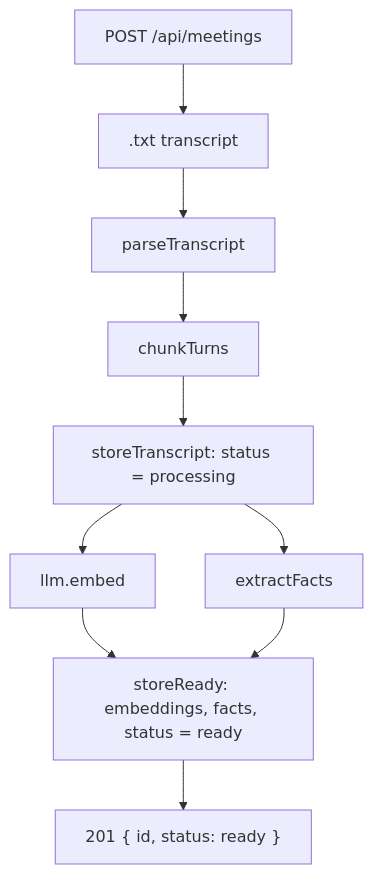
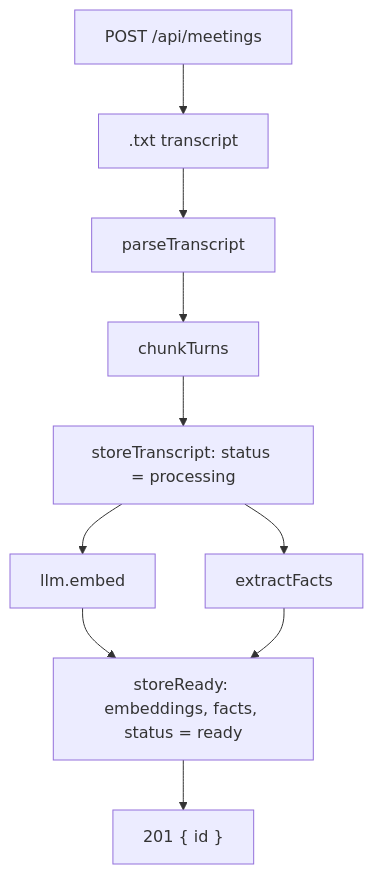
One commit to adamrefaey/meeting-intelligence changed the first of 6 diagrams in docs/flows/ingestion.md. Above: the diagram before and after it, drawn with Mermaid. The commit also changed other lines of this file and 15 other files, not shown here.

First line of the commit message:
refactor: simplify meeting schema and ingestion logic

````diff
--- a/docs/flows/ingestion.md
+++ b/docs/flows/ingestion.md
@@ -9,19 +9,19 @@
 ```mermaid
 flowchart TD
   post["POST /api/meetings"]
   upload[".txt transcript"]
   parse["parseTranscript"]
   chunk["chunkTurns"]
   storeTx["storeTranscript: status = processing"]
   embed["llm.embed"]
   extract["extractFacts"]
   storeReady["storeReady: embeddings, facts, status = ready"]
-  created["201 { id, status: ready }"]
+  created["201 { id }"]
 
   post --> upload --> parse --> chunk --> storeTx
   storeTx --> embed
   storeTx --> extract
   embed --> storeReady
   extract --> storeReady
   storeReady --> created
 ```
````
